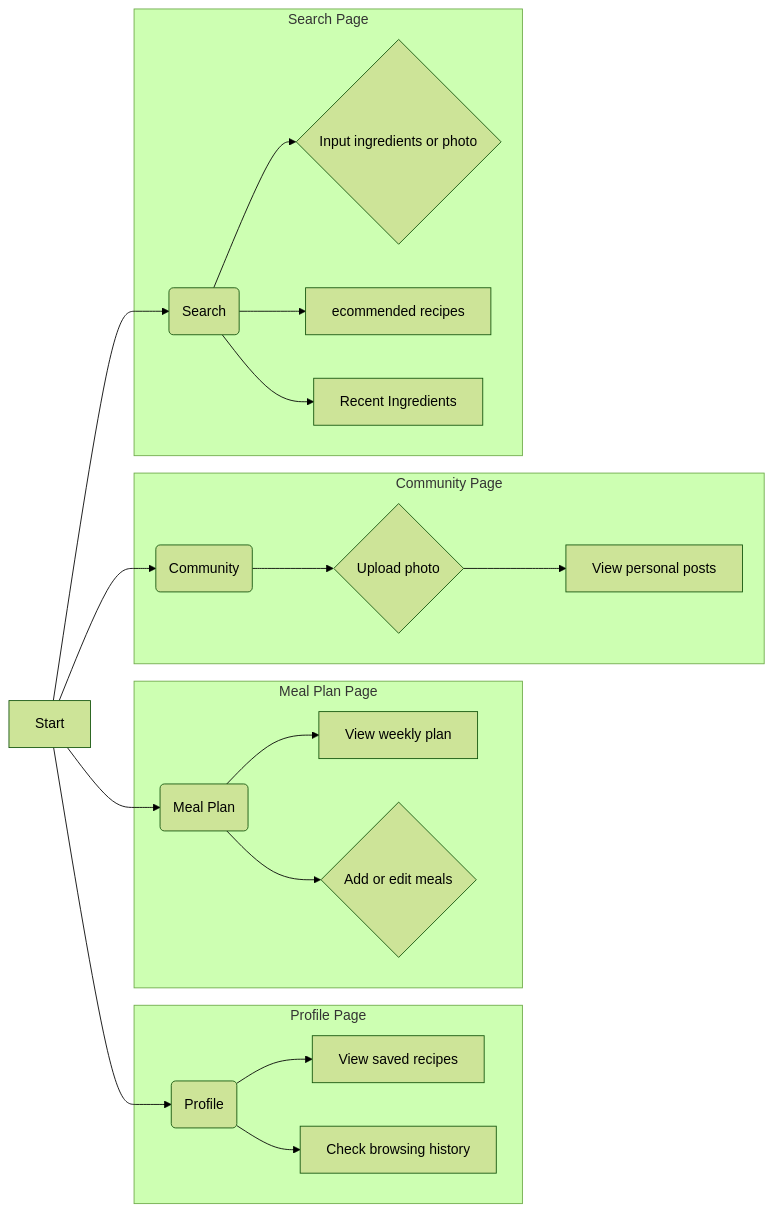
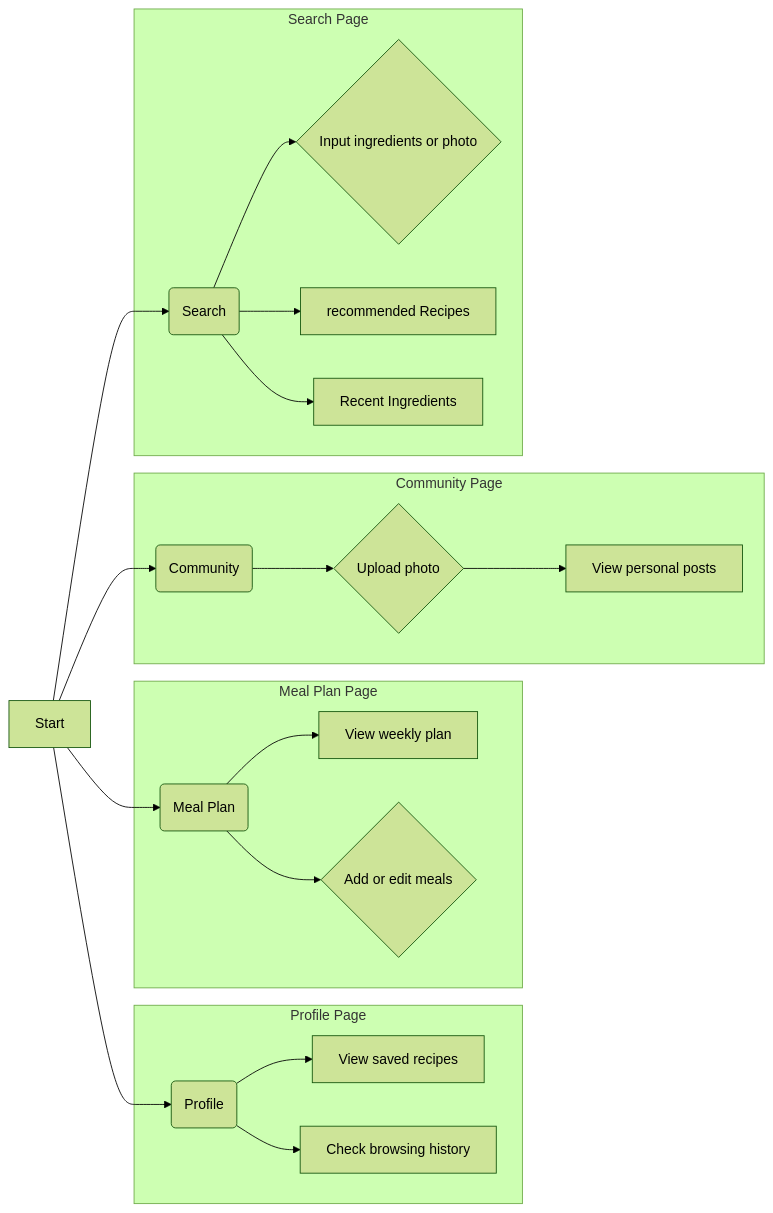
One commit to seven8301/iodraw-files changed the diagram in all/未命名-2.md. Above: the diagram before and after it, drawn with Mermaid (forest theme).

Commit message:
2025-04-09 19:24:37 update

````diff
--- a/all/未命名-2.md
+++ b/all/未命名-2.md
@@ -1,27 +1,27 @@
 ```mermaid
 graph LR
     A[Start] --> B(Search);
     A --> C(Community);
     A --> D(Meal Plan);
     A --> E(Profile);
 
     
     subgraph "Profile Page"
         E --> L[View saved recipes];
         E --> M[Check browsing history];
         
     end
       subgraph "Meal Plan Page"
         D --> J[View weekly plan];
         D --> K{Add or edit meals};
     end
      subgraph "Community Page"
         C --> H{Upload photo};
         H --> I[View personal posts];
     end
     subgraph "Search Page"
         B --> F{Input ingredients or photo};
-        B --> G[ecommended recipes];
+        B --> G[recommended Recipes];
         B --> N[Recent Ingredients];
     end
 ```
````
